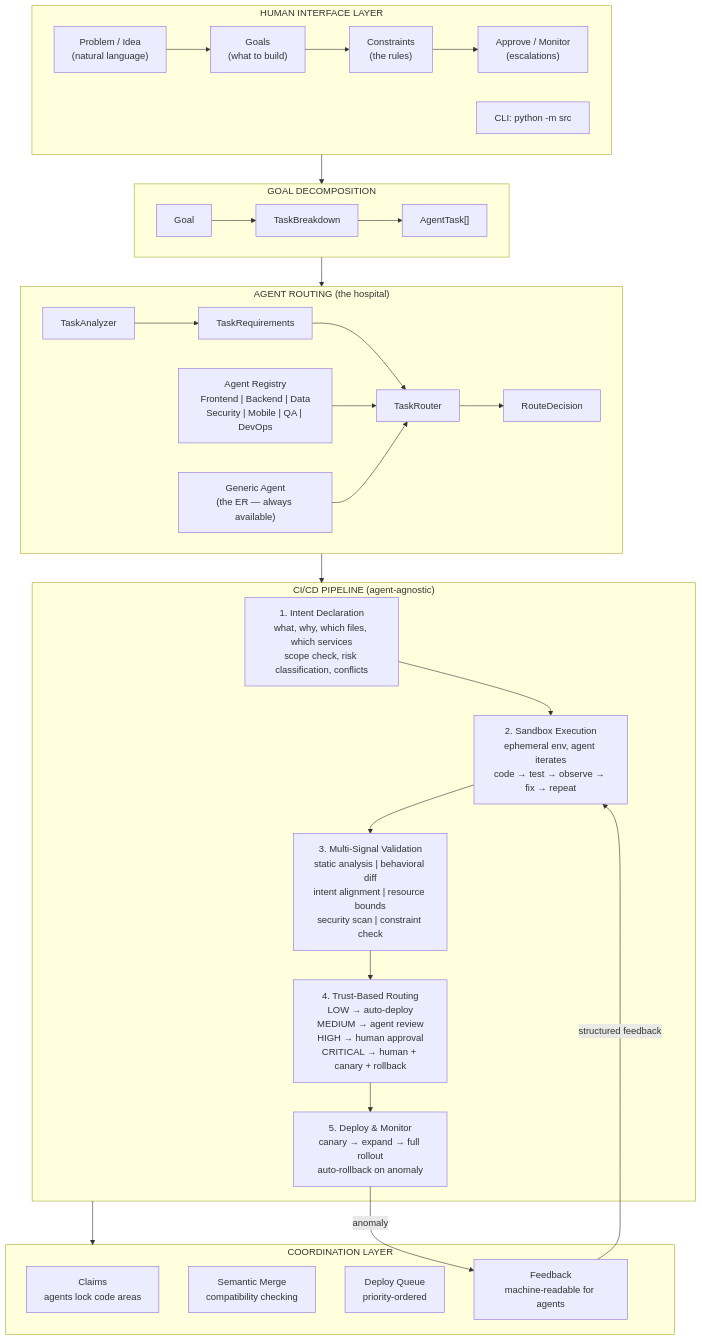
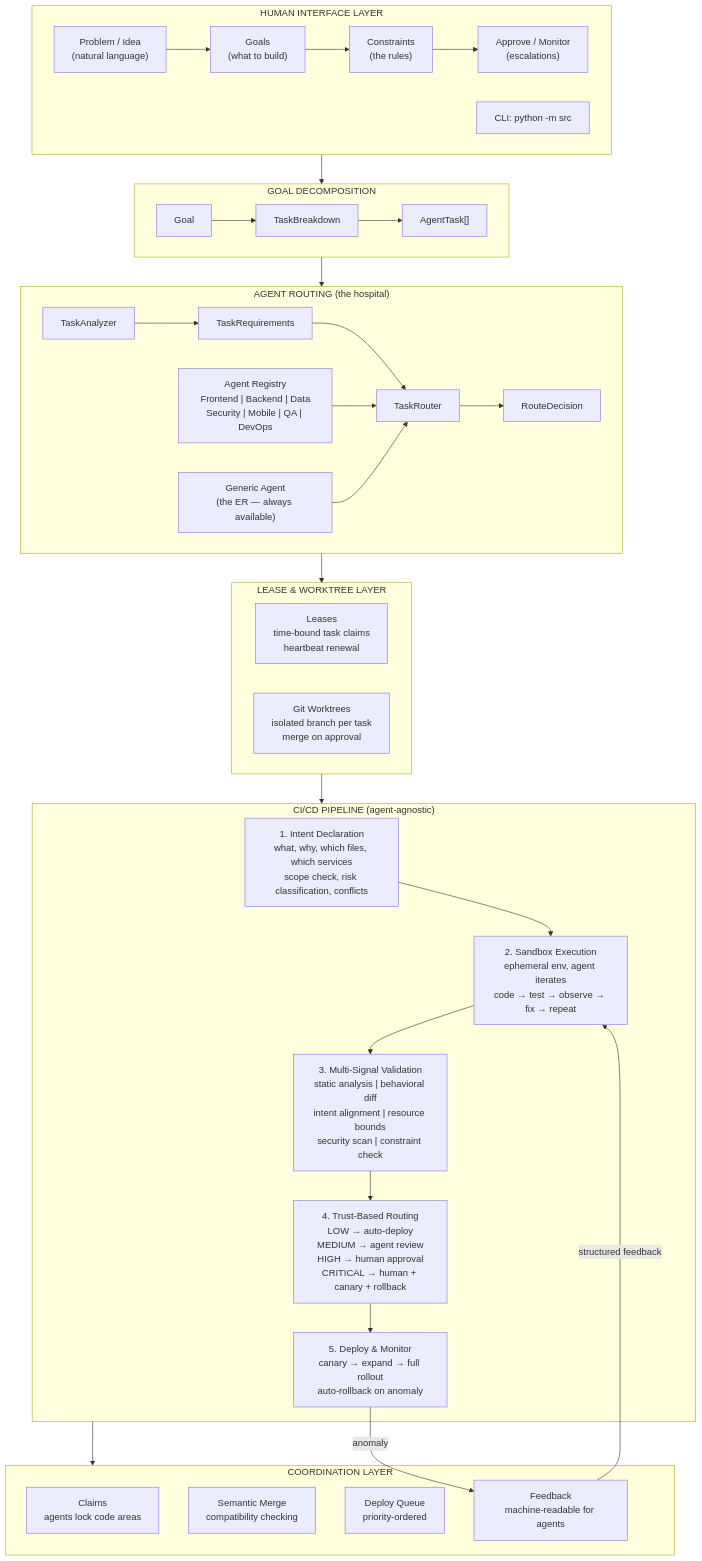
The first of 6 diagrams in docs/architecture.md (AV4TAr/shipyard), drawn with Mermaid before and after one commit. The commit also changed other lines of this file and 5 other files, not shown here.

First line of the commit message:
Update docs for Wave 5: leases, worktrees, config editor, kill switch

````diff
--- a/docs/architecture.md
+++ b/docs/architecture.md
@@ -7,50 +7,55 @@
 ```mermaid
 graph TD
     subgraph Human["HUMAN INTERFACE LAYER"]
         Problem["Problem / Idea<br/>(natural language)"]
         Goals["Goals<br/>(what to build)"]
         Constraints["Constraints<br/>(the rules)"]
         Approve["Approve / Monitor<br/>(escalations)"]
         CLI["CLI: python -m src"]
         Problem --> Goals --> Constraints --> Approve
     end
 
     subgraph Decomposition["GOAL DECOMPOSITION"]
         Goal["Goal"]
         Breakdown["TaskBreakdown"]
         Tasks["AgentTask[]"]
         Goal --> Breakdown --> Tasks
     end
 
     subgraph Routing["AGENT ROUTING (the hospital)"]
         Analyzer["TaskAnalyzer"]
         Requirements["TaskRequirements"]
         Router["TaskRouter"]
         Decision["RouteDecision"]
         Analyzer --> Requirements --> Router --> Decision
         Registry["Agent Registry<br/>Frontend | Backend | Data<br/>Security | Mobile | QA | DevOps"]
         Generic["Generic Agent<br/>(the ER — always available)"]
         Registry --> Router
         Generic --> Router
     end
 
     subgraph Pipeline["CI/CD PIPELINE (agent-agnostic)"]
         Intent["1. Intent Declaration<br/>what, why, which files, which services<br/>scope check, risk classification, conflicts"]
         Sandbox["2. Sandbox Execution<br/>ephemeral env, agent iterates<br/>code → test → observe → fix → repeat"]
         Validation["3. Multi-Signal Validation<br/>static analysis | behavioral diff<br/>intent alignment | resource bounds<br/>security scan | constraint check"]
         Trust["4. Trust-Based Routing<br/>LOW → auto-deploy<br/>MEDIUM → agent review<br/>HIGH → human approval<br/>CRITICAL → human + canary + rollback"]
         Deploy["5. Deploy & Monitor<br/>canary → expand → full rollout<br/>auto-rollback on anomaly"]
         Intent --> Sandbox --> Validation --> Trust --> Deploy
     end
 
+    subgraph LeaseWorktree["LEASE & WORKTREE LAYER"]
+        Leases["Leases<br/>time-bound task claims<br/>heartbeat renewal"]
+        Worktrees["Git Worktrees<br/>isolated branch per task<br/>merge on approval"]
+    end
+
     subgraph Coordination["COORDINATION LAYER"]
         Claims["Claims<br/>agents lock code areas"]
         Merge["Semantic Merge<br/>compatibility checking"]
         Queue["Deploy Queue<br/>priority-ordered"]
         Feedback["Feedback<br/>machine-readable for agents"]
     end
 
-    Human --> Decomposition --> Routing --> Pipeline --> Coordination
+    Human --> Decomposition --> Routing --> LeaseWorktree --> Pipeline --> Coordination
     Deploy -->|"anomaly"| Feedback
     Feedback -->|"structured feedback"| Sandbox
 ```
````
